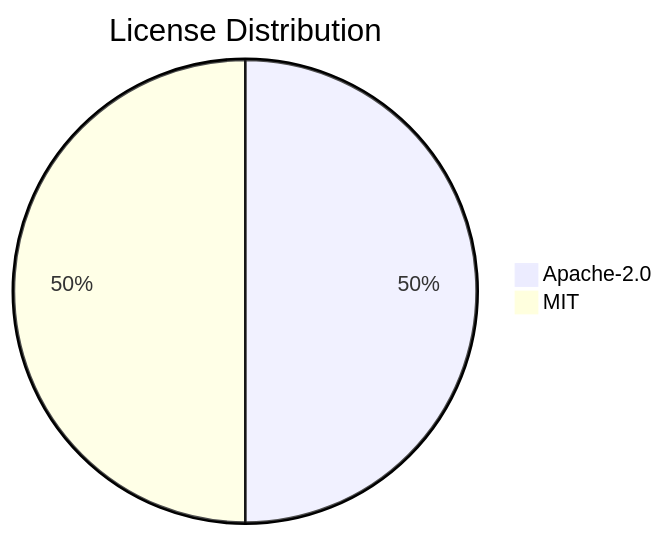
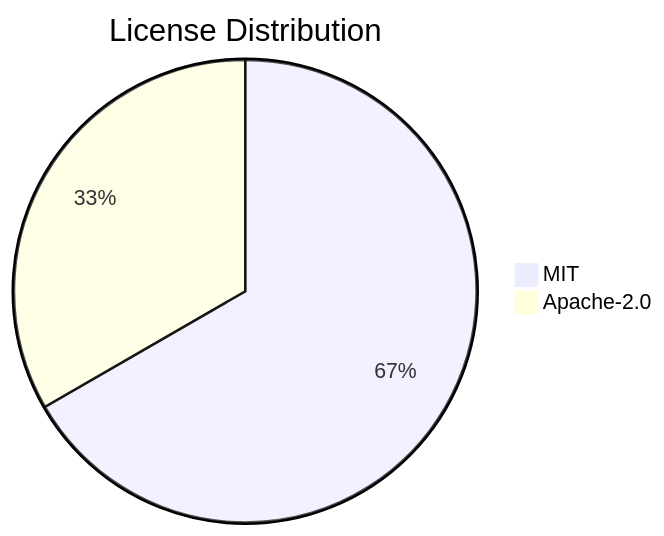
The diagram in .shipwright/compliance/sbom.md (svenroth-ai/shipwright), drawn with Mermaid before and after one commit. The commit also changed other lines of this file and 25 other files, not shown here.

````diff
--- a/.shipwright/compliance/sbom.md
+++ b/.shipwright/compliance/sbom.md
@@ -17,5 +17,5 @@
 ```mermaid
 pie title License Distribution
-    "Apache-2.0" : 2
     "MIT" : 2
+    "Apache-2.0" : 1
 ```
````
